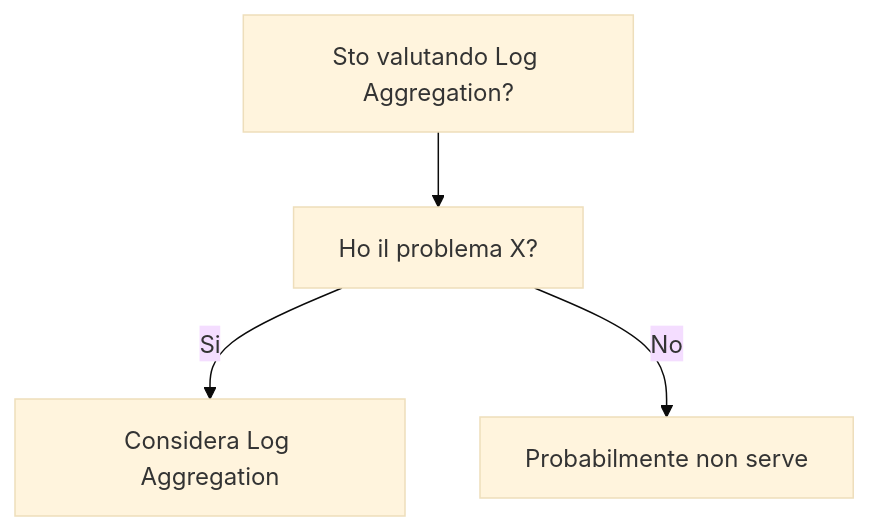
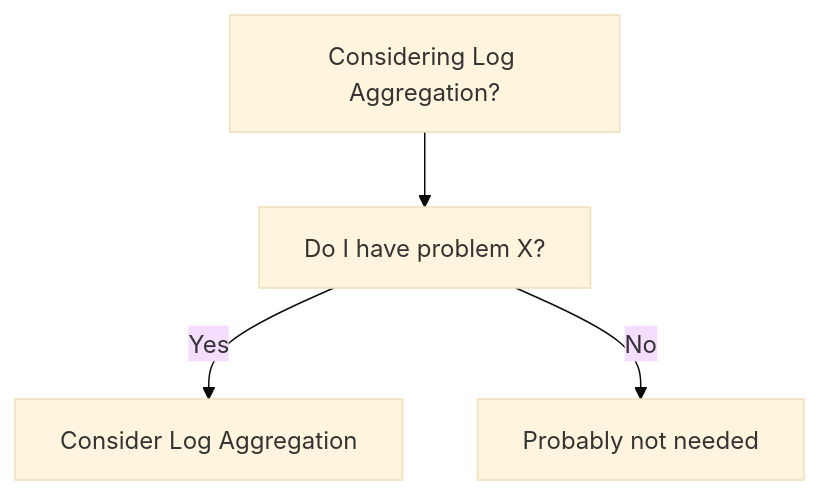
The diagram in dev-wiki/12_Observability/Log_Aggregation/When_To_Use.md (HxT9/Software-Dev-Wiki), drawn with Mermaid (base theme) before and after one commit. The commit also changed other lines of this file and 3444 other files, not shown here.

````diff
--- a/dev-wiki/12_Observability/Log_Aggregation/When_To_Use.md
+++ b/dev-wiki/12_Observability/Log_Aggregation/When_To_Use.md
@@ -19,6 +19,6 @@
 ```mermaid
 flowchart TD
-  Q[Sto valutando Log Aggregation?] --> Q1[Ho il problema X?]
-  Q1 -->|Si| OK[Considera Log Aggregation]
-  Q1 -->|No| NO[Probabilmente non serve]
+  Q[Considering Log Aggregation?] --> Q1[Do I have problem X?]
+  Q1 -->|Yes| OK[Consider Log Aggregation]
+  Q1 -->|No| NO[Probably not needed]
 ```
````
